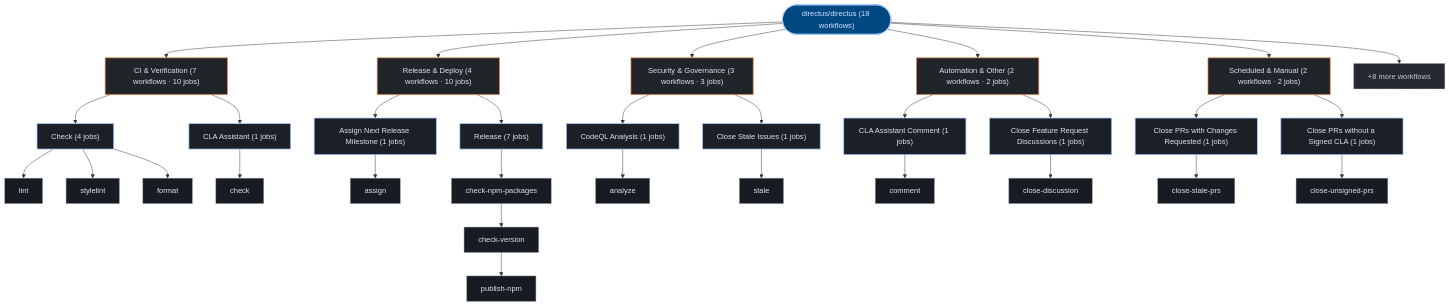
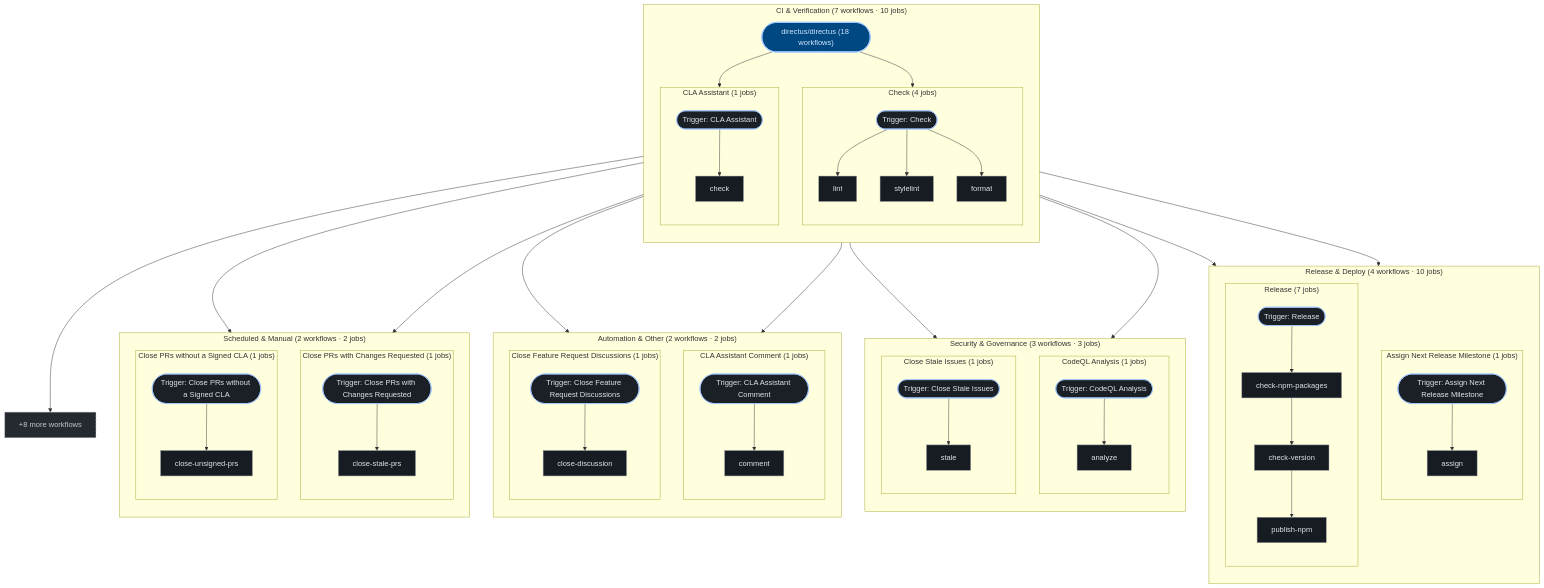
Before and after one commit to kumarshaz/atruss-code-atlas: the third of 3 diagrams in exports/latest/reports/directus-directus-report.md, drawn with Mermaid. The commit also changed 181 other files, not shown here.

````diff
--- a/exports/latest/reports/directus-directus-report.md
+++ b/exports/latest/reports/directus-directus-report.md
@@ -355,64 +355,99 @@
   classDef atlasAlert fill:#93000a,stroke:#ffb4ab,stroke-width:1.5px,color:#ffdad6
   classDef atlasMore fill:#252a31,stroke:#8d9199,stroke-dasharray:4 4,color:#c3c6cf
   pipeline_root(["directus/directus (18 workflows)"]):::atlasRoot
-  grp_0_CI___Verification["CI & Verification (7 workflows · 10 jobs)"]:::atlasCategory
-  pipeline_root --> grp_0_CI___Verification
-  wf_2_Check["Check (4 jobs)"]:::atlasWorkflow
-  grp_0_CI___Verification --> wf_2_Check
-  job_2_lint["lint"]:::atlasJob
-  job_2_stylelint["stylelint"]:::atlasJob
-  job_2_format["format"]:::atlasJob
-  wf_2_Check --> job_2_lint
-  wf_2_Check --> job_2_stylelint
-  wf_2_Check --> job_2_format
-  wf_4_CLA_Assistant["CLA Assistant (1 jobs)"]:::atlasWorkflow
-  grp_0_CI___Verification --> wf_4_CLA_Assistant
-  job_4_check["check"]:::atlasJob
-  wf_4_CLA_Assistant --> job_4_check
-  grp_1_Release___Deploy["Release & Deploy (4 workflows · 10 jobs)"]:::atlasCategory
-  pipeline_root --> grp_1_Release___Deploy
-  wf_0_Assign_Next_Release_Milestone["Assign Next Release Milestone (1 jobs)"]:::atlasWorkflow
-  grp_1_Release___Deploy --> wf_0_Assign_Next_Release_Milestone
-  job_0_assign["assign"]:::atlasJob
-  wf_0_Assign_Next_Release_Milestone --> job_0_assign
-  wf_15_Release["Release (7 jobs)"]:::atlasWorkflow
-  grp_1_Release___Deploy --> wf_15_Release
-  job_15_check_npm_packages["check-npm-packages"]:::atlasJob
-  job_15_check_version["check-version"]:::atlasJob
-  job_15_publish_npm["publish-npm"]:::atlasJob
-  wf_15_Release --> job_15_check_npm_packages
-  job_15_check_npm_packages --> job_15_check_version
-  job_15_check_version --> job_15_publish_npm
-  grp_2_Security___Governance["Security & Governance (3 workflows · 3 jobs)"]:::atlasCategory
-  pipeline_root --> grp_2_Security___Governance
-  wf_9_CodeQL_Analysis["CodeQL Analysis (1 jobs)"]:::atlasWorkflow
-  grp_2_Security___Governance --> wf_9_CodeQL_Analysis
-  job_9_analyze["analyze"]:::atlasJob
-  wf_9_CodeQL_Analysis --> job_9_analyze
-  wf_16_Close_Stale_Issues["Close Stale Issues (1 jobs)"]:::atlasWorkflow
-  grp_2_Security___Governance --> wf_16_Close_Stale_Issues
-  job_16_stale["stale"]:::atlasJob
-  wf_16_Close_Stale_Issues --> job_16_stale
-  grp_3_Automation___Other["Automation & Other (2 workflows · 2 jobs)"]:::atlasCategory
-  pipeline_root --> grp_3_Automation___Other
-  wf_3_CLA_Assistant_Comment["CLA Assistant Comment (1 jobs)"]:::atlasWorkflow
-  grp_3_Automation___Other --> wf_3_CLA_Assistant_Comment
-  job_3_comment["comment"]:::atlasJob
-  wf_3_CLA_Assistant_Comment --> job_3_comment
-  wf_7_Close_Feature_Request_Discussions["Close Feature Request Discussions (1 jobs)"]:::atlasWorkflow
-  grp_3_Automation___Other --> wf_7_Close_Feature_Request_Discussions
-  job_7_close_discussion["close-discussion"]:::atlasJob
-  wf_7_Close_Feature_Request_Discussions --> job_7_close_discussion
-  grp_4_Scheduled___Manual["Scheduled & Manual (2 workflows · 2 jobs)"]:::atlasCategory
-  pipeline_root --> grp_4_Scheduled___Manual
-  wf_6_Close_PRs_with_Changes_Requested["Close PRs with Changes Requested (1 jobs)"]:::atlasWorkflow
-  grp_4_Scheduled___Manual --> wf_6_Close_PRs_with_Changes_Requested
-  job_6_close_stale_prs["close-stale-prs"]:::atlasJob
-  wf_6_Close_PRs_with_Changes_Requested --> job_6_close_stale_prs
-  wf_8_Close_PRs_without_a_Signed_CLA["Close PRs without a Signed CLA (1 jobs)"]:::atlasWorkflow
-  grp_4_Scheduled___Manual --> wf_8_Close_PRs_without_a_Signed_CLA
-  job_8_close_unsigned_prs["close-unsigned-prs"]:::atlasJob
-  wf_8_Close_PRs_without_a_Signed_CLA --> job_8_close_unsigned_prs
+  subgraph sg_grp_0_CI___Verification["CI & Verification (7 workflows · 10 jobs)"]
+    direction TB
+    subgraph sg_wf_2_Check["Check (4 jobs)"]
+      direction TB
+      wf_2_Check(["Trigger: Check"]):::atlasWorkflow
+      job_2_lint["lint"]:::atlasJob
+      job_2_stylelint["stylelint"]:::atlasJob
+      job_2_format["format"]:::atlasJob
+      wf_2_Check --> job_2_lint
+      wf_2_Check --> job_2_stylelint
+      wf_2_Check --> job_2_format
+    end
+    pipeline_root --> wf_2_Check
+    subgraph sg_wf_4_CLA_Assistant["CLA Assistant (1 jobs)"]
+      direction TB
+      wf_4_CLA_Assistant(["Trigger: CLA Assistant"]):::atlasWorkflow
+      job_4_check["check"]:::atlasJob
+      wf_4_CLA_Assistant --> job_4_check
+    end
+    pipeline_root --> wf_4_CLA_Assistant
+  end
+  subgraph sg_grp_1_Release___Deploy["Release & Deploy (4 workflows · 10 jobs)"]
+    direction TB
+    subgraph sg_wf_0_Assign_Next_Release_Milestone["Assign Next Release Milestone (1 jobs)"]
+      direction TB
+      wf_0_Assign_Next_Release_Milestone(["Trigger: Assign Next Release Milestone"]):::atlasWorkflow
+      job_0_assign["assign"]:::atlasJob
+      wf_0_Assign_Next_Release_Milestone --> job_0_assign
+    end
+    pipeline_root --> wf_0_Assign_Next_Release_Milestone
+    subgraph sg_wf_15_Release["Release (7 jobs)"]
+      direction TB
+      wf_15_Release(["Trigger: Release"]):::atlasWorkflow
+      job_15_check_npm_packages["check-npm-packages"]:::atlasJob
+      job_15_check_version["check-version"]:::atlasJob
+      job_15_publish_npm["publish-npm"]:::atlasJob
+      wf_15_Release --> job_15_check_npm_packages
+      job_15_check_npm_packages --> job_15_check_version
+      job_15_check_version --> job_15_publish_npm
+    end
+    pipeline_root --> wf_15_Release
+  end
+  subgraph sg_grp_2_Security___Governance["Security & Governance (3 workflows · 3 jobs)"]
+    direction TB
+    subgraph sg_wf_9_CodeQL_Analysis["CodeQL Analysis (1 jobs)"]
+      direction TB
+      wf_9_CodeQL_Analysis(["Trigger: CodeQL Analysis"]):::atlasWorkflow
+      job_9_analyze["analyze"]:::atlasJob
+      wf_9_CodeQL_Analysis --> job_9_analyze
+    end
+    pipeline_root --> wf_9_CodeQL_Analysis
+    subgraph sg_wf_16_Close_Stale_Issues["Close Stale Issues (1 jobs)"]
+      direction TB
+      wf_16_Close_Stale_Issues(["Trigger: Close Stale Issues"]):::atlasWorkflow
+      job_16_stale["stale"]:::atlasJob
+      wf_16_Close_Stale_Issues --> job_16_stale
+    end
+    pipeline_root --> wf_16_Close_Stale_Issues
+  end
+  subgraph sg_grp_3_Automation___Other["Automation & Other (2 workflows · 2 jobs)"]
+    direction TB
+    subgraph sg_wf_3_CLA_Assistant_Comment["CLA Assistant Comment (1 jobs)"]
+      direction TB
+      wf_3_CLA_Assistant_Comment(["Trigger: CLA Assistant Comment"]):::atlasWorkflow
+      job_3_comment["comment"]:::atlasJob
+      wf_3_CLA_Assistant_Comment --> job_3_comment
+    end
+    pipeline_root --> wf_3_CLA_Assistant_Comment
+    subgraph sg_wf_7_Close_Feature_Request_Discussions["Close Feature Request Discussions (1 jobs)"]
+      direction TB
+      wf_7_Close_Feature_Request_Discussions(["Trigger: Close Feature Request Discussions"]):::atlasWorkflow
+      job_7_close_discussion["close-discussion"]:::atlasJob
+      wf_7_Close_Feature_Request_Discussions --> job_7_close_discussion
+    end
+    pipeline_root --> wf_7_Close_Feature_Request_Discussions
+  end
+  subgraph sg_grp_4_Scheduled___Manual["Scheduled & Manual (2 workflows · 2 jobs)"]
+    direction TB
+    subgraph sg_wf_6_Close_PRs_with_Changes_Requested["Close PRs with Changes Requested (1 jobs)"]
+      direction TB
+      wf_6_Close_PRs_with_Changes_Requested(["Trigger: Close PRs with Changes Requested"]):::atlasWorkflow
+      job_6_close_stale_prs["close-stale-prs"]:::atlasJob
+      wf_6_Close_PRs_with_Changes_Requested --> job_6_close_stale_prs
+    end
+    pipeline_root --> wf_6_Close_PRs_with_Changes_Requested
+    subgraph sg_wf_8_Close_PRs_without_a_Signed_CLA["Close PRs without a Signed CLA (1 jobs)"]
+      direction TB
+      wf_8_Close_PRs_without_a_Signed_CLA(["Trigger: Close PRs without a Signed CLA"]):::atlasWorkflow
+      job_8_close_unsigned_prs["close-unsigned-prs"]:::atlasJob
+      wf_8_Close_PRs_without_a_Signed_CLA --> job_8_close_unsigned_prs
+    end
+    pipeline_root --> wf_8_Close_PRs_without_a_Signed_CLA
+  end
   wf_more["+8 more workflows"]:::atlasMore
   pipeline_root --> wf_more
 ```
````
